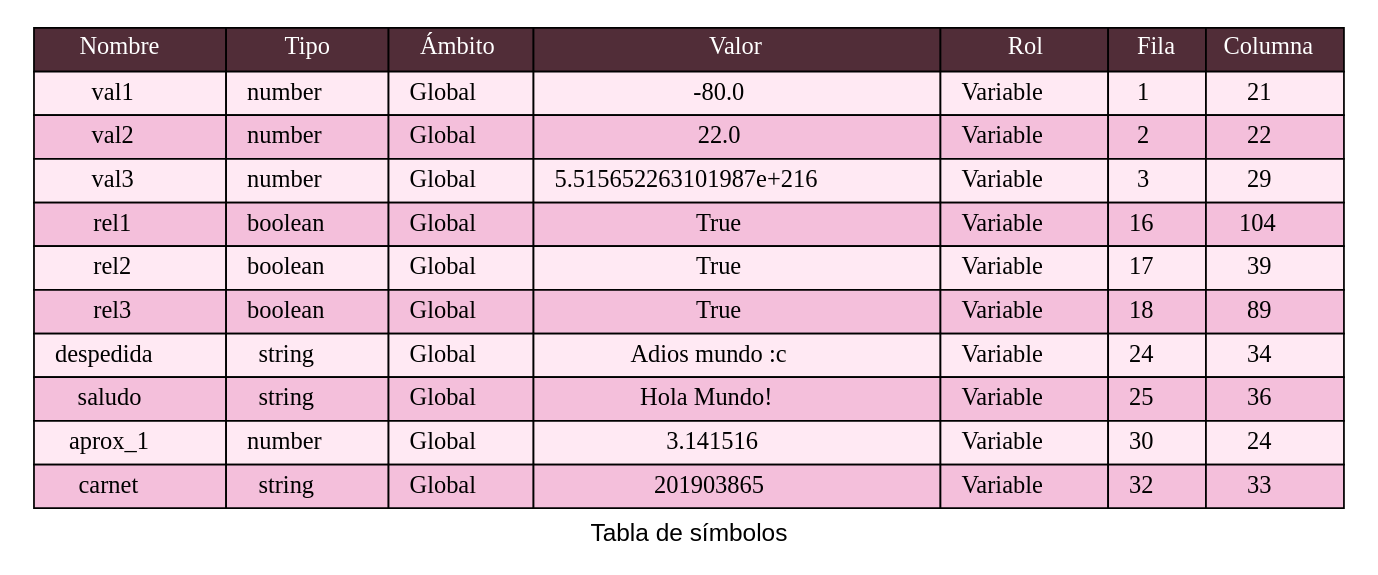
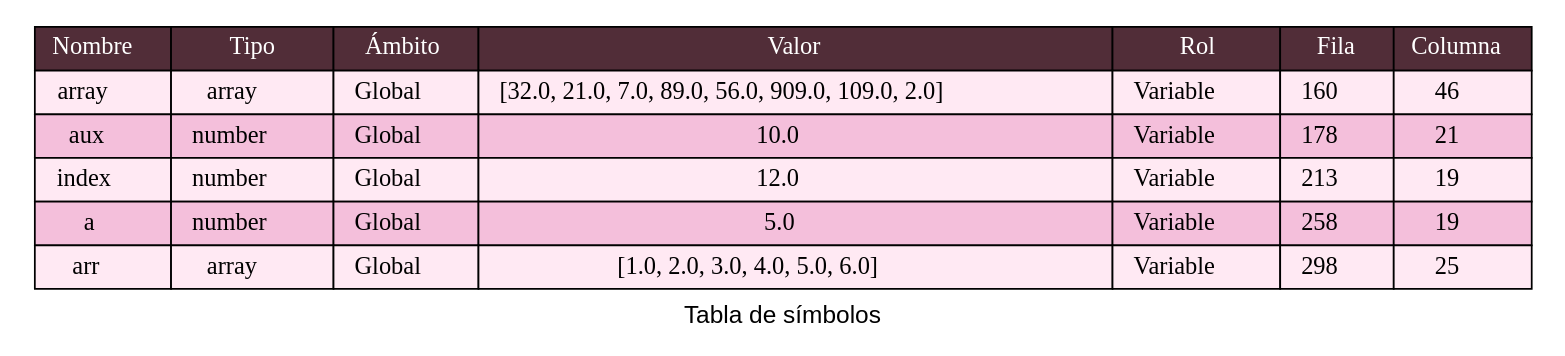
One commit to LuisaMariaO/OLC2P1-Luisa-Ortiz-Marjorie-Reyes changed the diagram in Fase 1/backend/TablaSimbolos.dot. Above: the diagram before and after it, drawn with Graphviz. The commit also changed 5 other files, not shown here.

```diff
--- a/Fase 1/backend/TablaSimbolos.dot
+++ b/Fase 1/backend/TablaSimbolos.dot
@@ -1,108 +1,63 @@
 digraph {
             fontname="Arial"
             label = "Tabla de símbolos"
             node[shape=none]
             n1[label=<
             <table BORDER="0" CELLBORDER="1" CELLSPACING="0" CELLPADDING="4">]
             <tr>
             <td bgcolor="#512D38"> <font color="white">Nombre </font></td>
             <td bgcolor="#512D38"> <font color="white">Tipo</font></td>
             <td bgcolor="#512D38"> <font color="white">Ámbito</font></td>
             <td bgcolor="#512D38"> <font color="white">Valor</font></td>
             <td bgcolor="#512D38"> <font color="white">Rol</font></td>
             <td bgcolor="#512D38"> <font color="white">Fila</font></td>
             <td bgcolor="#512D38"> <font color="white">Columna</font></td>
             </tr>
 <tr>
-<td bgcolor="#FFE9F3">   val1   </td>
+<td bgcolor="#FFE9F3">   array   </td>
+<td bgcolor="#FFE9F3">   array   </td>
+<td bgcolor="#FFE9F3">   Global   </td>
+<td bgcolor="#FFE9F3">   [32.0, 21.0, 7.0, 89.0, 56.0, 909.0, 109.0, 2.0]   </td>
+<td bgcolor="#FFE9F3">   Variable   </td>
+<td bgcolor="#FFE9F3">   160   </td>
+<td bgcolor="#FFE9F3">   46   </td>
+</tr>
+<tr>
+<td bgcolor="#F4BFDB">   aux   </td>
+<td bgcolor="#F4BFDB">   number   </td>
+<td bgcolor="#F4BFDB">   Global   </td>
+<td bgcolor="#F4BFDB">   10.0   </td>
+<td bgcolor="#F4BFDB">   Variable   </td>
+<td bgcolor="#F4BFDB">   178   </td>
+<td bgcolor="#F4BFDB">   21   </td>
+</tr>
+<tr>
+<td bgcolor="#FFE9F3">   index   </td>
 <td bgcolor="#FFE9F3">   number   </td>
 <td bgcolor="#FFE9F3">   Global   </td>
-<td bgcolor="#FFE9F3">   -80.0   </td>
+<td bgcolor="#FFE9F3">   12.0   </td>
 <td bgcolor="#FFE9F3">   Variable   </td>
-<td bgcolor="#FFE9F3">   1   </td>
-<td bgcolor="#FFE9F3">   21   </td>
+<td bgcolor="#FFE9F3">   213   </td>
+<td bgcolor="#FFE9F3">   19   </td>
 </tr>
 <tr>
-<td bgcolor="#F4BFDB">   val2   </td>
+<td bgcolor="#F4BFDB">   a   </td>
 <td bgcolor="#F4BFDB">   number   </td>
 <td bgcolor="#F4BFDB">   Global   </td>
-<td bgcolor="#F4BFDB">   22.0   </td>
+<td bgcolor="#F4BFDB">   5.0   </td>
 <td bgcolor="#F4BFDB">   Variable   </td>
-<td bgcolor="#F4BFDB">   2   </td>
-<td bgcolor="#F4BFDB">   22   </td>
+<td bgcolor="#F4BFDB">   258   </td>
+<td bgcolor="#F4BFDB">   19   </td>
 </tr>
 <tr>
-<td bgcolor="#FFE9F3">   val3   </td>
-<td bgcolor="#FFE9F3">   number   </td>
+<td bgcolor="#FFE9F3">   arr   </td>
+<td bgcolor="#FFE9F3">   array   </td>
 <td bgcolor="#FFE9F3">   Global   </td>
-<td bgcolor="#FFE9F3">   5.515652263101987e+216   </td>
+<td bgcolor="#FFE9F3">   [1.0, 2.0, 3.0, 4.0, 5.0, 6.0]   </td>
 <td bgcolor="#FFE9F3">   Variable   </td>
-<td bgcolor="#FFE9F3">   3   </td>
-<td bgcolor="#FFE9F3">   29   </td>
-</tr>
-<tr>
-<td bgcolor="#F4BFDB">   rel1   </td>
-<td bgcolor="#F4BFDB">   boolean   </td>
-<td bgcolor="#F4BFDB">   Global   </td>
-<td bgcolor="#F4BFDB">   True   </td>
-<td bgcolor="#F4BFDB">   Variable   </td>
-<td bgcolor="#F4BFDB">   16   </td>
-<td bgcolor="#F4BFDB">   104   </td>
-</tr>
-<tr>
-<td bgcolor="#FFE9F3">   rel2   </td>
-<td bgcolor="#FFE9F3">   boolean   </td>
-<td bgcolor="#FFE9F3">   Global   </td>
-<td bgcolor="#FFE9F3">   True   </td>
-<td bgcolor="#FFE9F3">   Variable   </td>
-<td bgcolor="#FFE9F3">   17   </td>
-<td bgcolor="#FFE9F3">   39   </td>
-</tr>
-<tr>
-<td bgcolor="#F4BFDB">   rel3   </td>
-<td bgcolor="#F4BFDB">   boolean   </td>
-<td bgcolor="#F4BFDB">   Global   </td>
-<td bgcolor="#F4BFDB">   True   </td>
-<td bgcolor="#F4BFDB">   Variable   </td>
-<td bgcolor="#F4BFDB">   18   </td>
-<td bgcolor="#F4BFDB">   89   </td>
-</tr>
-<tr>
-<td bgcolor="#FFE9F3">   despedida   </td>
-<td bgcolor="#FFE9F3">   string   </td>
-<td bgcolor="#FFE9F3">   Global   </td>
-<td bgcolor="#FFE9F3">   Adios mundo :c   </td>
-<td bgcolor="#FFE9F3">   Variable   </td>
-<td bgcolor="#FFE9F3">   24   </td>
-<td bgcolor="#FFE9F3">   34   </td>
-</tr>
-<tr>
-<td bgcolor="#F4BFDB">   saludo   </td>
-<td bgcolor="#F4BFDB">   string   </td>
-<td bgcolor="#F4BFDB">   Global   </td>
-<td bgcolor="#F4BFDB">   Hola Mundo!    </td>
-<td bgcolor="#F4BFDB">   Variable   </td>
-<td bgcolor="#F4BFDB">   25   </td>
-<td bgcolor="#F4BFDB">   36   </td>
-</tr>
-<tr>
-<td bgcolor="#FFE9F3">   aprox_1   </td>
-<td bgcolor="#FFE9F3">   number   </td>
-<td bgcolor="#FFE9F3">   Global   </td>
-<td bgcolor="#FFE9F3">   3.141516   </td>
-<td bgcolor="#FFE9F3">   Variable   </td>
-<td bgcolor="#FFE9F3">   30   </td>
-<td bgcolor="#FFE9F3">   24   </td>
-</tr>
-<tr>
-<td bgcolor="#F4BFDB">   carnet   </td>
-<td bgcolor="#F4BFDB">   string   </td>
-<td bgcolor="#F4BFDB">   Global   </td>
-<td bgcolor="#F4BFDB">   201903865   </td>
-<td bgcolor="#F4BFDB">   Variable   </td>
-<td bgcolor="#F4BFDB">   32   </td>
-<td bgcolor="#F4BFDB">   33   </td>
+<td bgcolor="#FFE9F3">   298   </td>
+<td bgcolor="#FFE9F3">   25   </td>
 </tr>
 </table>
     >]
     }
```
